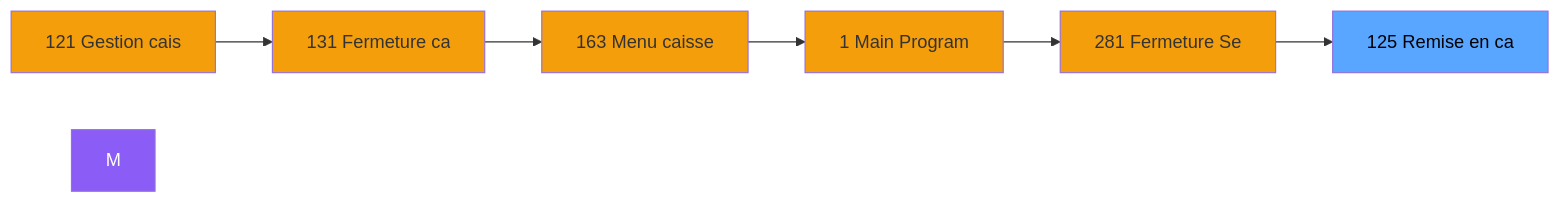
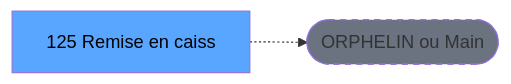
One commit to thonyAGP/lecteur-magic changed the second of 3 diagrams in .openspec/renders/ADH-IDE-125.md. Above: the diagram before and after it, drawn with Mermaid. The commit also changed other lines of this file and 701 other files, not shown here.

````diff
--- a/.openspec/renders/ADH-IDE-125.md
+++ b/.openspec/renders/ADH-IDE-125.md
@@ -120,21 +125,8 @@
 ```mermaid
 graph LR
-    N121[121 Gestion cais]
-    N131[131 Fermeture ca]
-    N163[163 Menu caisse ]
-    N1[1 Main Program]
-    N281[281 Fermeture Se]
-    T[125 Remise en ca]
-    N121 --> N131
-    N131 --> N163
-    N163 --> N1
-    N1 --> N281
-    N281 --> T
-    style M fill:#8b5cf6,color:#fff
-    style N121 fill:#f59e0b
-    style N131 fill:#f59e0b
-    style N163 fill:#f59e0b
-    style N1 fill:#f59e0b
-    style N281 fill:#f59e0b
+    T[125 Remise en caiss]
+    ORPHAN([ORPHELIN ou Main])
+    T -.-> ORPHAN
     style T fill:#58a6ff,color:#000
+    style ORPHAN fill:#6b7280,stroke-dasharray: 5 5
 ```
````
